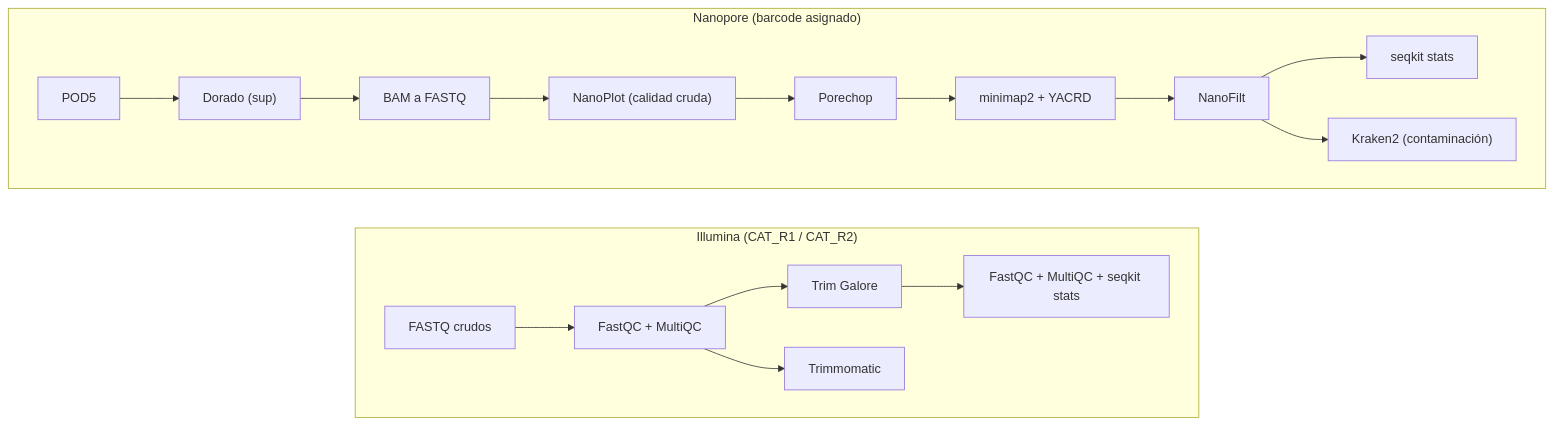
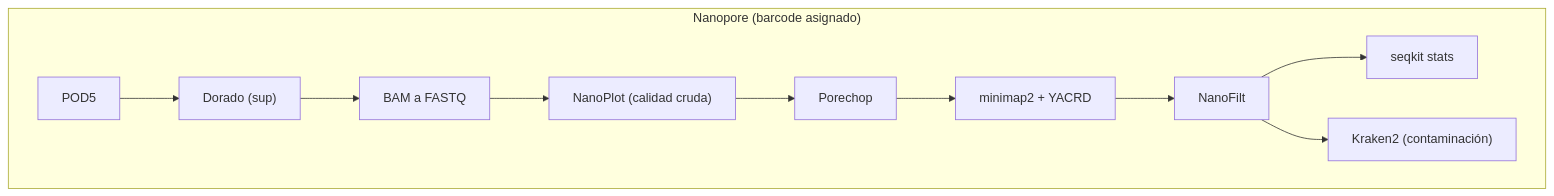
The second of 2 diagrams in README.md (miRNA67/1ABL0055---Semana-04---202620), drawn with Mermaid before and after one commit.

````diff
--- a/README.md
+++ b/README.md
@@ -20,22 +35,14 @@
 ```mermaid
 flowchart LR
-    subgraph ILL["Illumina (CAT_R1 / CAT_R2)"]
-        direction LR
-        A1["FASTQ crudos"] --> A2["FastQC + MultiQC"]
-        A2 --> A3["Trim Galore"]
-        A2 --> A4["Trimmomatic"]
-        A3 --> A5["FastQC + MultiQC + seqkit stats"]
-
-    end
     subgraph NAN["Nanopore (barcode asignado)"]
         direction LR
         B1["POD5"] --> B2["Dorado (sup)"]
         B2 --> B3["BAM a FASTQ"]
         B3 --> B4["NanoPlot (calidad cruda)"]
         B4 --> B5["Porechop"]
         B5 --> B6["minimap2 + YACRD"]
         B6 --> B7["NanoFilt"]
         B7 --> B8["seqkit stats"]
         B7 --> B9["Kraken2 (contaminación)"]
     end
 ```
````
